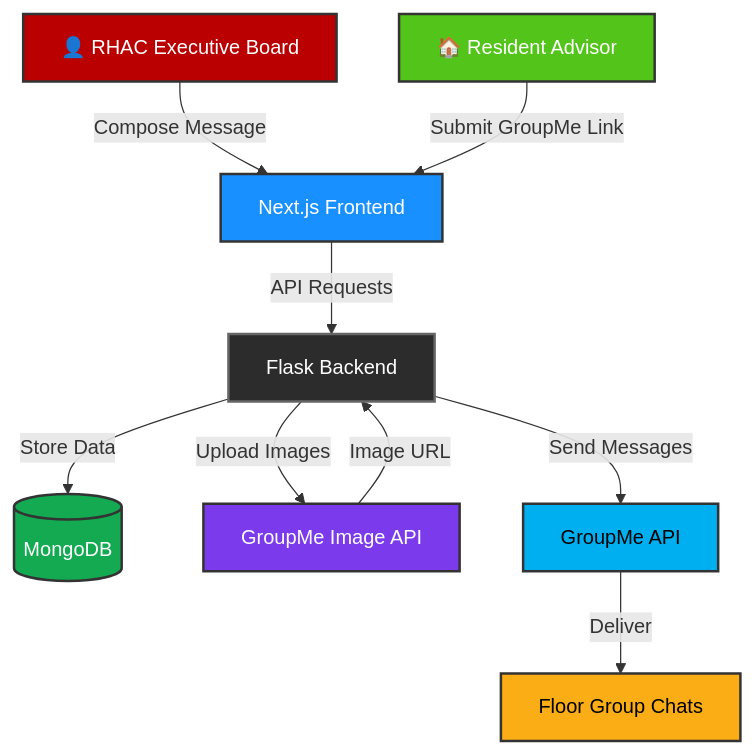
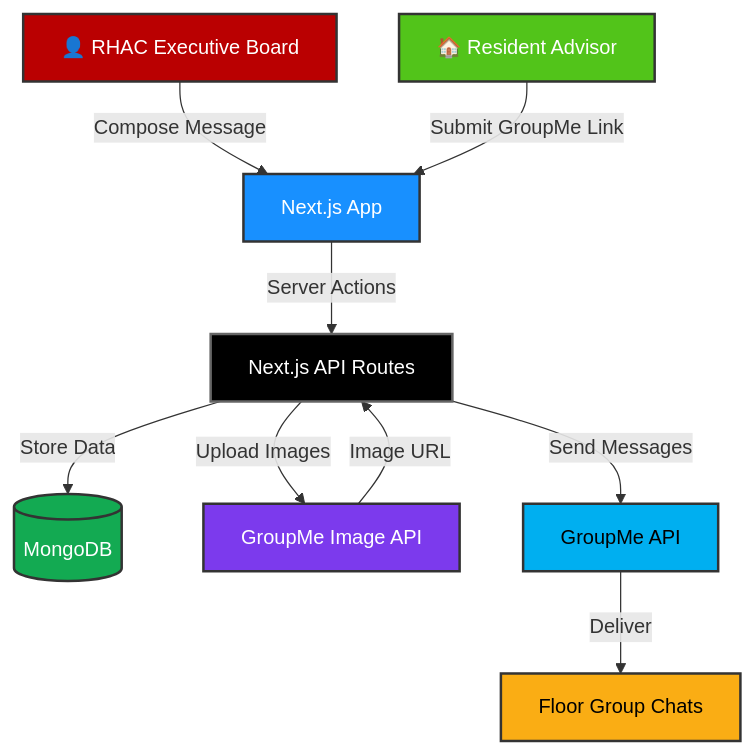
Before and after one commit to WesleyKamau/RHACbot: the diagram in README.md, drawn with Mermaid. The commit also changed other lines of this file and 1 other file, not shown here.

````diff
--- a/README.md
+++ b/README.md
@@ -120,20 +122,20 @@
 ```mermaid
 graph TD
-    A[👤 RHAC Executive Board] -->|Compose Message| B[Next.js Frontend]
+    A[👤 RHAC Executive Board] -->|Compose Message| B[Next.js App]
     C[🏠 Resident Advisor] -->|Submit GroupMe Link| B
-    B -->|API Requests| D[Flask Backend]
+    B -->|Server Actions| D[Next.js API Routes]
     D -->|Store Data| E[(MongoDB)]
     D -->|Upload Images| H[GroupMe Image API]
     H -->|Image URL| D
     D -->|Send Messages| F[GroupMe API]
     F -->|Deliver| G[Floor Group Chats]
     
     style A fill:#ba0001,stroke:#333,stroke-width:2px,color:#fff
     style B fill:#1890ff,stroke:#333,stroke-width:2px,color:#fff
     style C fill:#52c41a,stroke:#333,stroke-width:2px,color:#fff
-    style D fill:#2c2c2c,stroke:#666,stroke-width:2px,color:#fff
+    style D fill:#000,stroke:#666,stroke-width:2px,color:#fff
     style E fill:#13aa52,stroke:#333,stroke-width:2px,color:#fff
     style F fill:#00aff0,stroke:#333,stroke-width:2px,color:#000
     style G fill:#faad14,stroke:#333,stroke-width:2px,color:#000
     style H fill:#7c3aed,stroke:#333,stroke-width:2px,color:#fff
 ```
````
